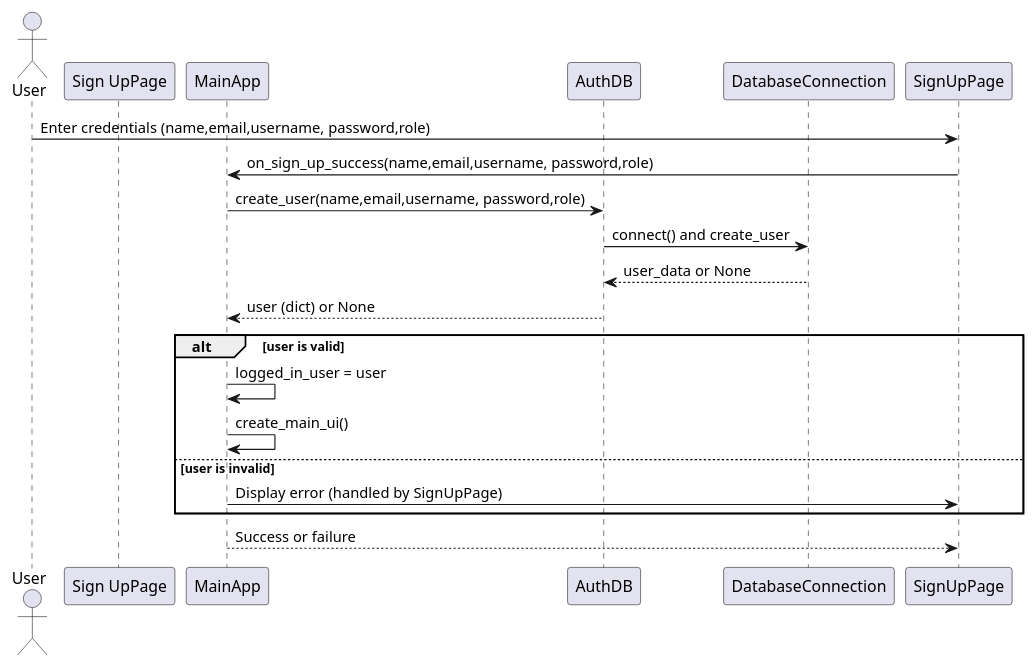
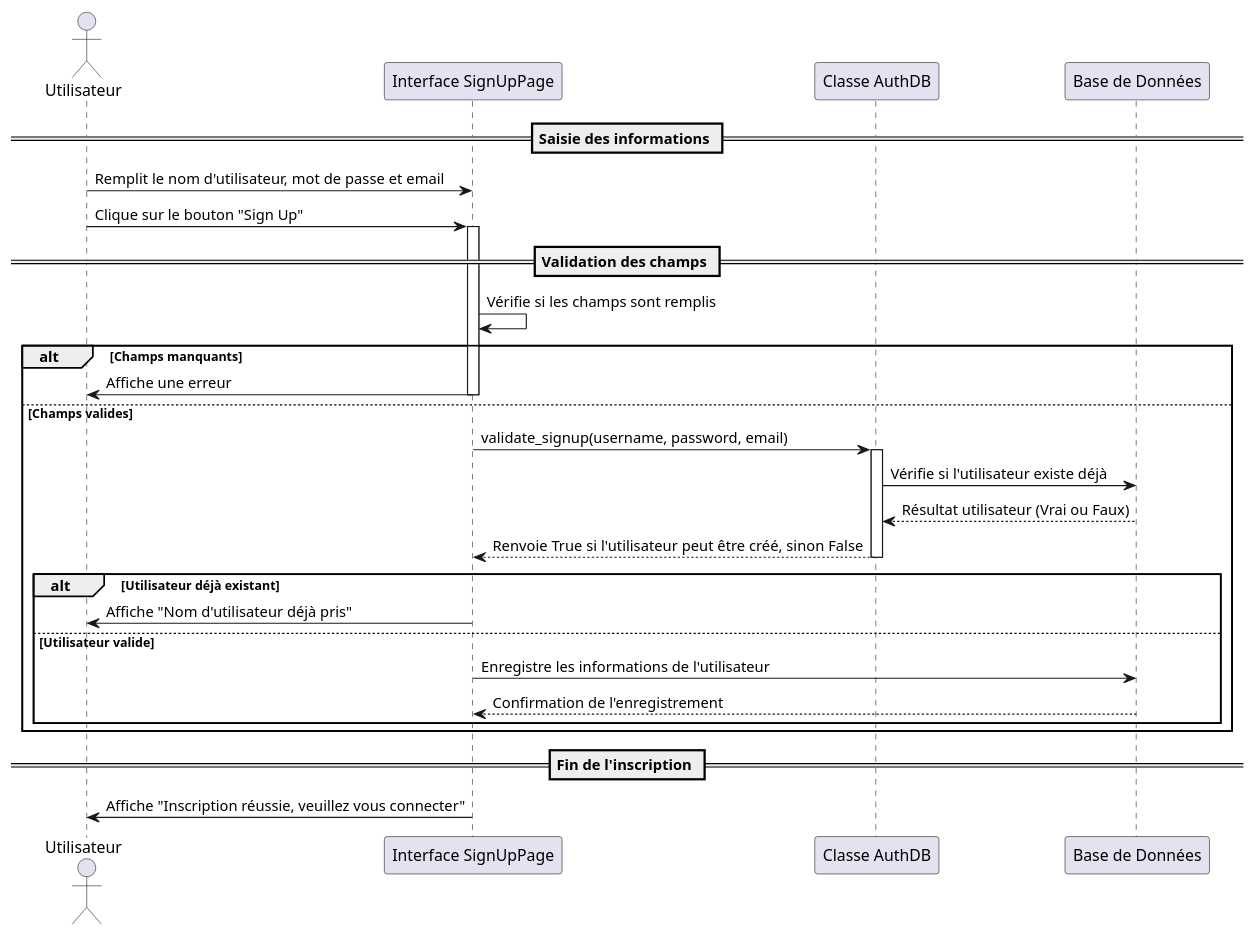
The diagram in diagrammes/sign_up.puml (ahmedlman/system_de_reconnaissance_faciale), drawn with PlantUML before and after one commit. The commit also changed 10 other files, not shown here.

```diff
--- a/diagrammes/sign_up.puml
+++ b/diagrammes/sign_up.puml
@@ -1,23 +1,41 @@
 @startuml
 'https://plantuml.com/sequence-diagram
 
 'sign_up'
-actor User
-participant "Sign UpPage"
-participant "MainApp"
-participant "AuthDB"
-participant "DatabaseConnection"
-User -> SignUpPage: Enter credentials (name,email,username, password,role)
-SignUpPage -> MainApp: on_sign_up_success(name,email,username, password,role)
-MainApp -> AuthDB: create_user(name,email,username, password,role)
-AuthDB -> DatabaseConnection: connect() and create_user
-DatabaseConnection --> AuthDB: user_data or None
-AuthDB --> MainApp: user (dict) or None
-alt user is valid
-    MainApp -> MainApp: logged_in_user = user
-    MainApp -> MainApp: create_main_ui()
-else user is invalid
-    MainApp -> SignUpPage: Display error (handled by SignUpPage)
+actor Utilisateur
+participant "Interface SignUpPage" as UI
+participant "Classe AuthDB" as AuthDB
+participant "Base de Données" as DB
+== Saisie des informations ==
+Utilisateur -> UI : Remplit le nom d'utilisateur, mot de passe et email
+Utilisateur -> UI : Clique sur le bouton "Sign Up"
+activate UI
+== Validation des champs ==
+UI -> UI : Vérifie si les champs sont remplis
+
+alt Champs manquants
+    UI -> Utilisateur : Affiche une erreur
+    deactivate UI
+else Champs valides
+    UI -> AuthDB : validate_signup(username, password, email)
+    activate AuthDB
+    AuthDB -> DB : Vérifie si l'utilisateur existe déjà
+    DB --> AuthDB : Résultat utilisateur (Vrai ou Faux)
+    AuthDB --> UI : Renvoie True si l'utilisateur peut être créé, sinon False
+    deactivate AuthDB
+
+    alt Utilisateur déjà existant
+        UI -> Utilisateur : Affiche "Nom d'utilisateur déjà pris"
+    else Utilisateur valide
+        UI -> DB : Enregistre les informations de l'utilisateur
+        DB --> UI : Confirmation de l'enregistrement
+
+    end
+    deactivate UI
 end
-MainApp --> SignUpPage: Success or failure
+== Fin de l'inscription ==
+'retourne login page'
+UI -> Utilisateur : Affiche "Inscription réussie, veuillez vous connecter"
+
+
 @enduml
```
